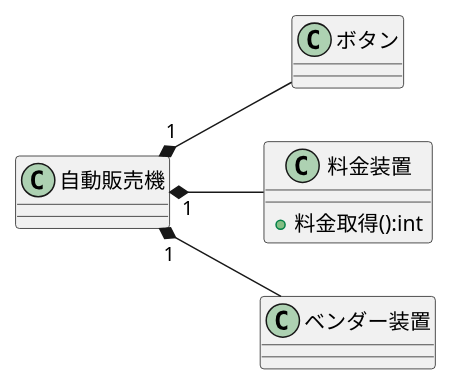
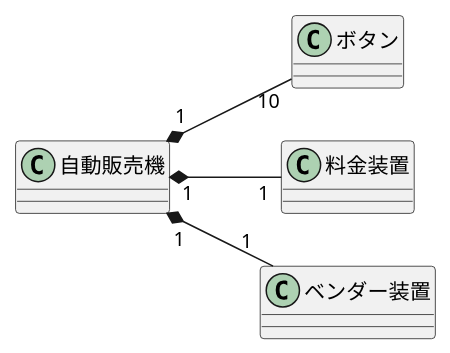
One commit to Raiki215/uml-introduction changed the diagram in 演習6-4-1_クラス図_自動販売機.pu. Above: the diagram before and after it, drawn with PlantUML.

Commit message:
やり直し

```diff
--- a/演習6-4-1_クラス図_自動販売機.pu
+++ b/演習6-4-1_クラス図_自動販売機.pu
@@ -1,22 +1,21 @@
 @startuml
 left to right direction
 class "自動販売機" as a{
 
 }
 
 class "ボタン" as b{
 
 }
 
 class "料金装置" as c{
-+ 料金取得():int
 }
 
 class "ベンダー装置" as d{
 
 }
 
-a "1"*-- b
-a "1"*-- c
-a "1"*-- d
+a "1"*--"10" b
+a "1"*--"1" c
+a "1"*--"1" d
 @enduml
```
